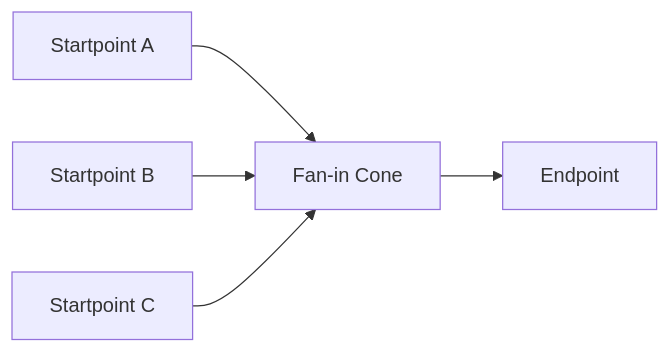
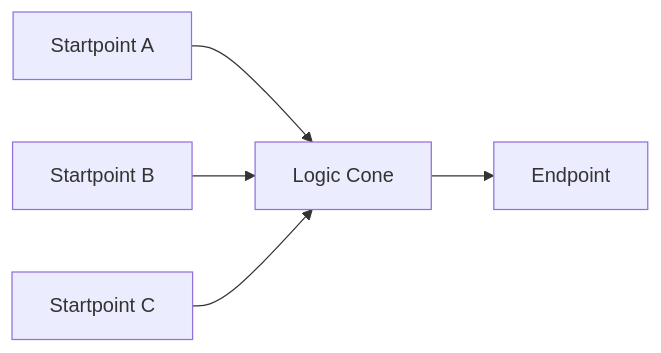
One commit to qiqixixi1001/automotive-safeic-practice changed the sixth of 12 diagrams in articles/01_automotive_safeic_practice_d01_github_en_revised.md. Above: the diagram before and after it, drawn with Mermaid. The commit also changed other lines of this file, not shown here.

````diff
--- a/articles/01_automotive_safeic_practice_d01_github_en_revised.md
+++ b/articles/01_automotive_safeic_practice_d01_github_en_revised.md
@@ -524,7 +359,7 @@
 ```mermaid
 flowchart LR
-    SP1[Startpoint A] --> C[Fan-in Cone]
+    SP1[Startpoint A] --> C[Logic Cone]
     SP2[Startpoint B] --> C
     SP3[Startpoint C] --> C
     C --> EP[Endpoint]
 ```
````
